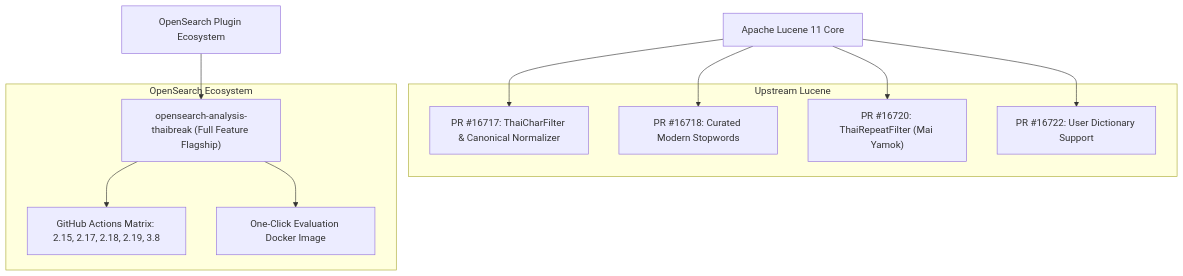
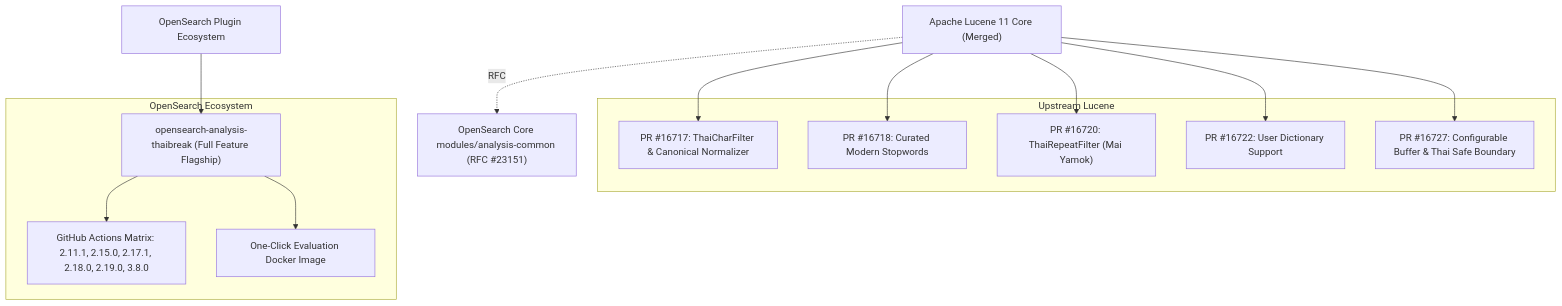
One commit to kamthorn/opensearch-analysis-thaibreak changed the third of 3 diagrams in docs/THAI_SEARCH_WHITEPAPER.md. Above: the diagram before and after it, drawn with Mermaid. The commit also changed other lines of this file, not shown here.

First line of the commit message:
docs(whitepaper): cover merged Lucene PR #16727, new filters/analyzer, and 41,778-word DAWG dictionary

````diff
--- a/docs/THAI_SEARCH_WHITEPAPER.md
+++ b/docs/THAI_SEARCH_WHITEPAPER.md
@@ -87,21 +102,24 @@
 ```mermaid
 graph TD
-    Upstream["Apache Lucene 11 Core"]
+    Upstream["Apache Lucene 11 Core (Merged)"]
+    OpenSearchCore["OpenSearch Core modules/analysis-common (RFC #23151)"]
     OpenSearch["OpenSearch Plugin Ecosystem"]
     
     subgraph Upstream Lucene
         PR1["PR #16717: ThaiCharFilter & Canonical Normalizer"]
         PR2["PR #16718: Curated Modern Stopwords"]
         PR3["PR #16720: ThaiRepeatFilter (Mai Yamok)"]
         PR4["PR #16722: User Dictionary Support"]
+        PR5["PR #16727: Configurable Buffer & Thai Safe Boundary"]
     end
 
     subgraph OpenSearch Ecosystem
         Plugin["opensearch-analysis-thaibreak (Full Feature Flagship)"]
-        Matrix["GitHub Actions Matrix: 2.15, 2.17, 2.18, 2.19, 3.8"]
+        Matrix["GitHub Actions Matrix: 2.11.1, 2.15.0, 2.17.1, 2.18.0, 2.19.0, 3.8.0"]
         DockerImg["One-Click Evaluation Docker Image"]
     end
     
-    Upstream --> PR1 & PR2 & PR3 & PR4
+    Upstream --> PR1 & PR2 & PR3 & PR4 & PR5
+    Upstream -.->|RFC| OpenSearchCore
     OpenSearch --> Plugin --> Matrix & DockerImg
 ```
````
